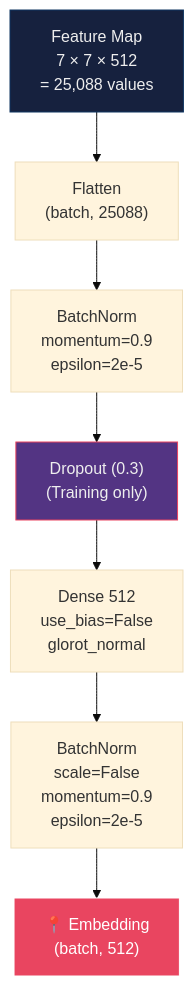
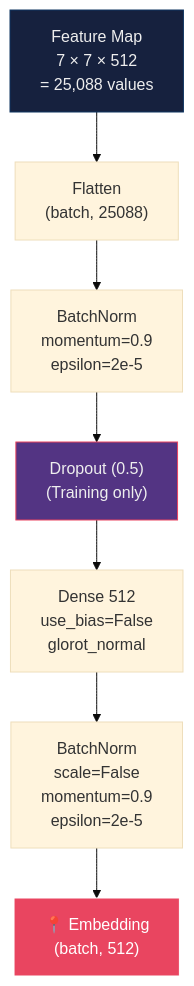
The third of 8 diagrams in architecture.md (nguyen-thanh-1/project_DAT301m), drawn with Mermaid (base theme) before and after one commit. The commit also changed other lines of this file and 5 other files, not shown here.

Commit message:
docs: add iResNet-50 architecture documentation, diagrams, and LaTeX technical report

````diff
--- a/architecture.md
+++ b/architecture.md
@@ -154,16 +154,16 @@
 ```mermaid
 flowchart TB
     FM["Feature Map\n7 × 7 × 512\n= 25,088 values"]
     FLAT["Flatten\n(batch, 25088)"]
     BN_FLAT["BatchNorm\nmomentum=0.9\nepsilon=2e-5"]
-    DROP["Dropout (0.3)\n(Training only)"]
+    DROP["Dropout (0.5)\n(Training only)"]
     FC["Dense 512\nuse_bias=False\nglorot_normal"]
     BN_EMB["BatchNorm\nscale=False\nmomentum=0.9\nepsilon=2e-5"]
     EMB["📍 Embedding\n(batch, 512)"]
 
     FM --> FLAT --> BN_FLAT --> DROP --> FC --> BN_EMB --> EMB
 
     style FM fill:#16213e,stroke:#0f3460,color:#eee
     style EMB fill:#e94560,stroke:#fff,color:#fff
     style DROP fill:#533483,stroke:#e94560,color:#eee
 ```
````
